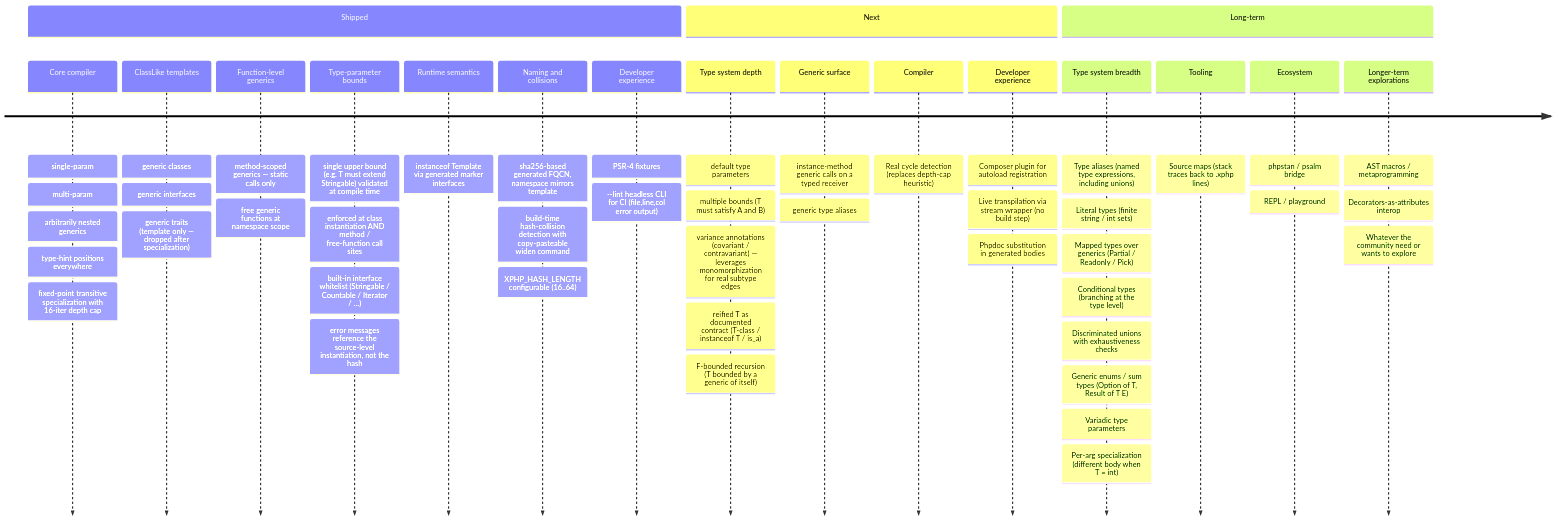
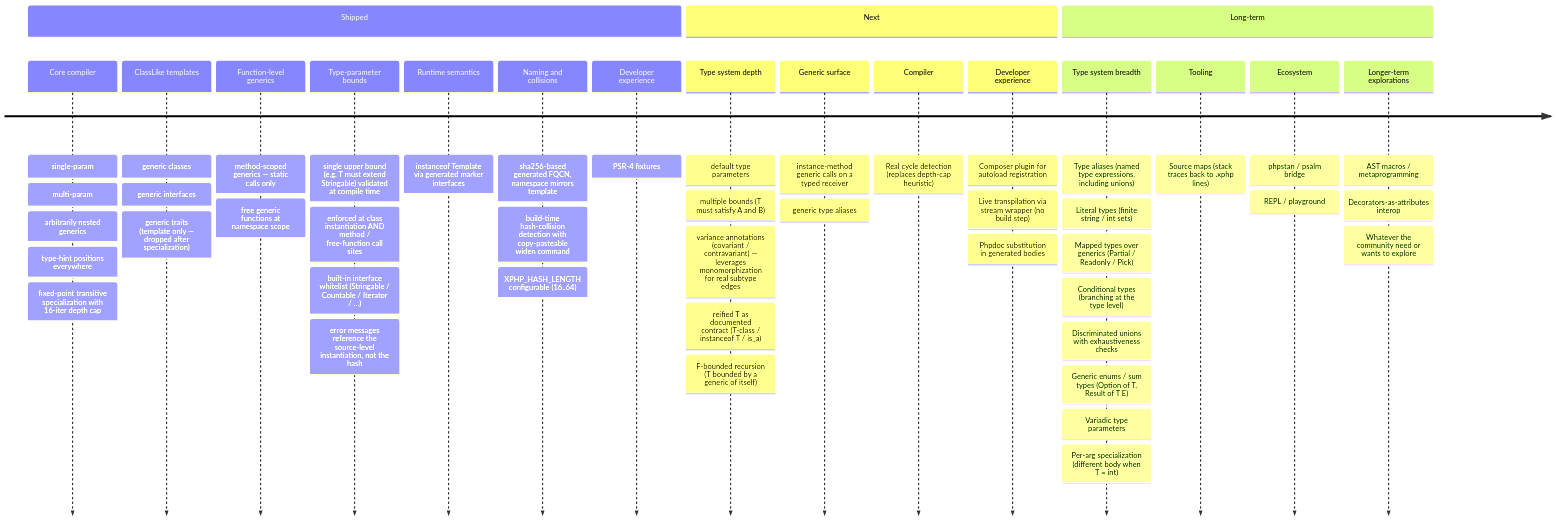
One commit to xphp-lang/xphp changed the diagram in docs/roadmap.md. Above: the diagram before and after it, drawn with Mermaid. The commit also changed 4 other files, not shown here.

````diff
--- a/docs/roadmap.md
+++ b/docs/roadmap.md
@@ -5,66 +5,65 @@
 ```mermaid
 timeline
     section Shipped
         Core compiler
                 : single-param
                 : multi-param
                 : arbitrarily nested generics
                 : type-hint positions everywhere
                 : fixed-point transitive specialization with 16-iter depth cap
         ClassLike templates
                 : generic classes
                 : generic interfaces
                 : generic traits (template only — dropped after specialization)
         Function-level generics
                 : method-scoped generics — static calls only
                 : free generic functions at namespace scope
         Type-parameter bounds
                 : single upper bound (e.g. T must extend Stringable) validated at compile time
                 : enforced at class instantiation AND method / free-function call sites
                 : built-in interface whitelist (Stringable / Countable / Iterator / …)
                 : error messages reference the source-level instantiation, not the hash
         Runtime semantics
                 : instanceof Template via generated marker interfaces
         Naming and collisions
                 : sha256-based generated FQCN, namespace mirrors template
                 : build-time hash-collision detection with copy-pasteable widen command
                 : XPHP_HASH_LENGTH configurable (16..64)
         Developer experience
                 : PSR-4 fixtures
-                : --lint headless CLI for CI (file,line,col error output)
     section Next
         Type system depth
                 : default type parameters
                 : multiple bounds (T must satisfy A and B)
                 : variance annotations (covariant / contravariant) — leverages monomorphization for real subtype edges
                 : reified T as documented contract (T-class / instanceof T / is_a)
                 : F-bounded recursion (T bounded by a generic of itself)
         Generic surface
                 : instance-method generic calls on a typed receiver
                 : generic type aliases
         Compiler
                 : Real cycle detection (replaces depth-cap heuristic)
         Developer experience
                 : Composer plugin for autoload registration
                 : Live transpilation via stream wrapper (no build step)
                 : Phpdoc substitution in generated bodies
     section Long-term
         Type system breadth
                 : Type aliases (named type expressions, including unions)
                 : Literal types (finite string / int sets)
                 : Mapped types over generics (Partial / Readonly / Pick)
                 : Conditional types (branching at the type level)
                 : Discriminated unions with exhaustiveness checks
                 : Generic enums / sum types (Option of T, Result of T E)
                 : Variadic type parameters
                 : Per-arg specialization (different body when T = int)
         Tooling
                 : Source maps (stack traces back to .xphp lines)
         Ecosystem
                 : phpstan / psalm bridge
                 : REPL / playground
         Longer-term explorations
                 : AST macros / metaprogramming
                 : Decorators-as-attributes interop
                 : Whatever the community need or wants to explore
 ```
````
